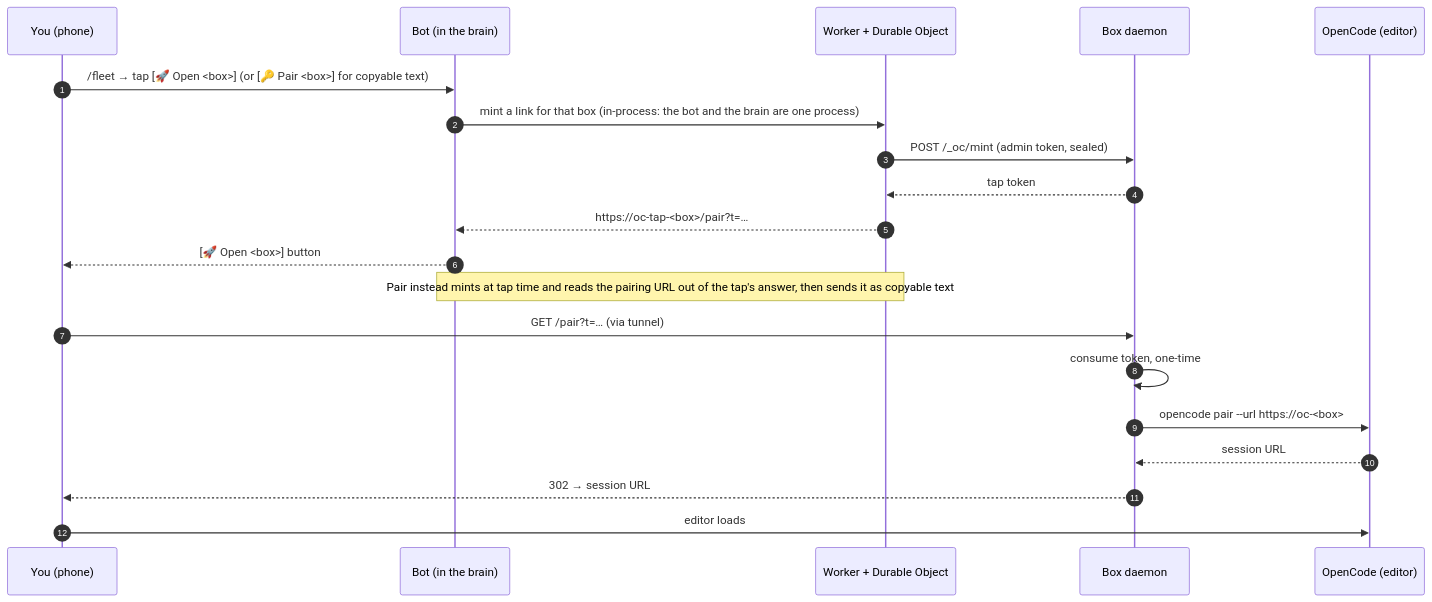
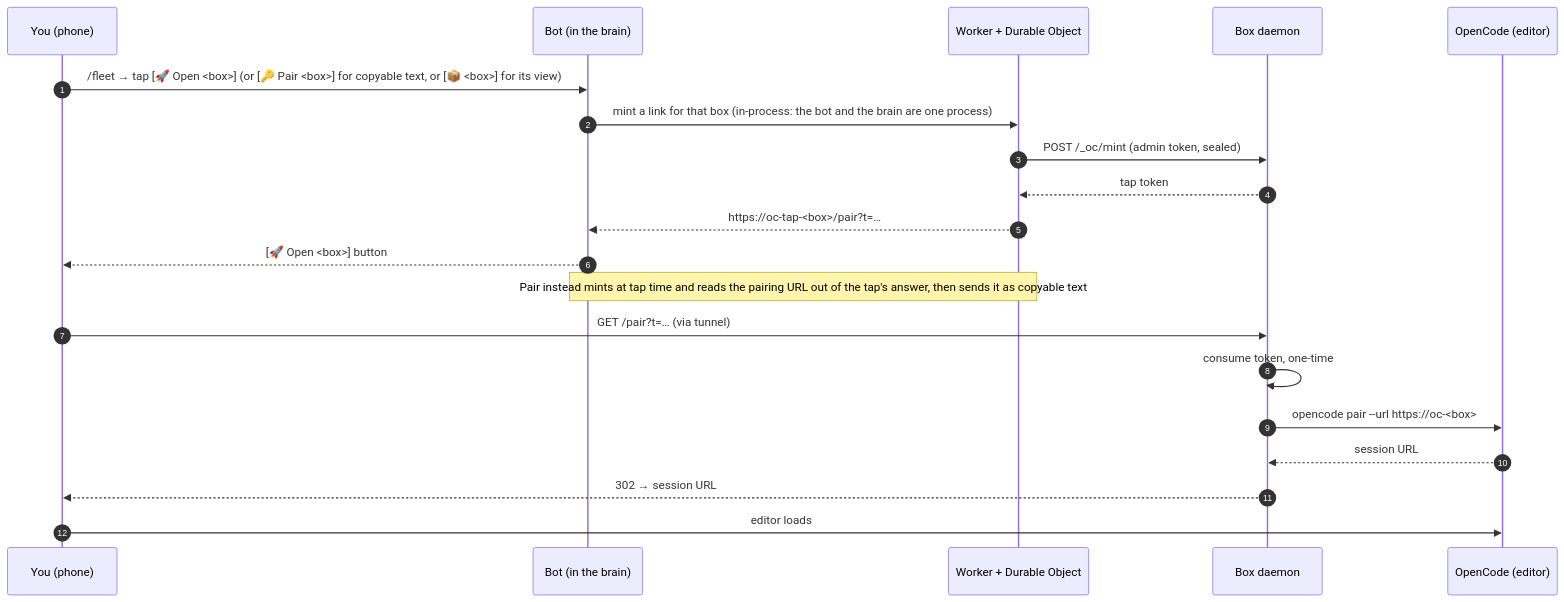
The second of 4 diagrams in docs/architecture.md (mfenderov/ocd), drawn with Mermaid before and after one commit. The commit also changed 11 other files, not shown here.

Commit message:
feat(worker): the fleet board is the only menu; boxes open into actions

````diff
--- a/docs/architecture.md
+++ b/docs/architecture.md
@@ -66,23 +66,23 @@
 ```mermaid
 sequenceDiagram
   autonumber
   participant Y as You (phone)
   participant B as Bot (in the brain)
   participant W as Worker + Durable Object
   participant X as Box daemon
   participant O as OpenCode (editor)
 
-  Y->>B: /fleet → tap [🚀 Open <box>] (or [🔑 Pair <box>] for copyable text)
+  Y->>B: /fleet → tap [🚀 Open <box>] (or [🔑 Pair <box>] for copyable text, or [📦 <box>] for its view)
   B->>W: mint a link for that box (in-process: the bot and the brain are one process)
   W->>X: POST /_oc/mint  (admin token, sealed)
   X-->>W: tap token
   W-->>B: https://oc-tap-<box>/pair?t=…
   B-->>Y: [🚀 Open <box>] button
   Note over B,W: Pair instead mints at tap time and reads the pairing URL out of the tap's answer, then sends it as copyable text
   Y->>X: GET /pair?t=…  (via tunnel)
   X->>X: consume token, one-time
   X->>O: opencode pair --url https://oc-<box>
   O-->>X: session URL
   X-->>Y: 302 → session URL
   Y->>O: editor loads
 ```
````
